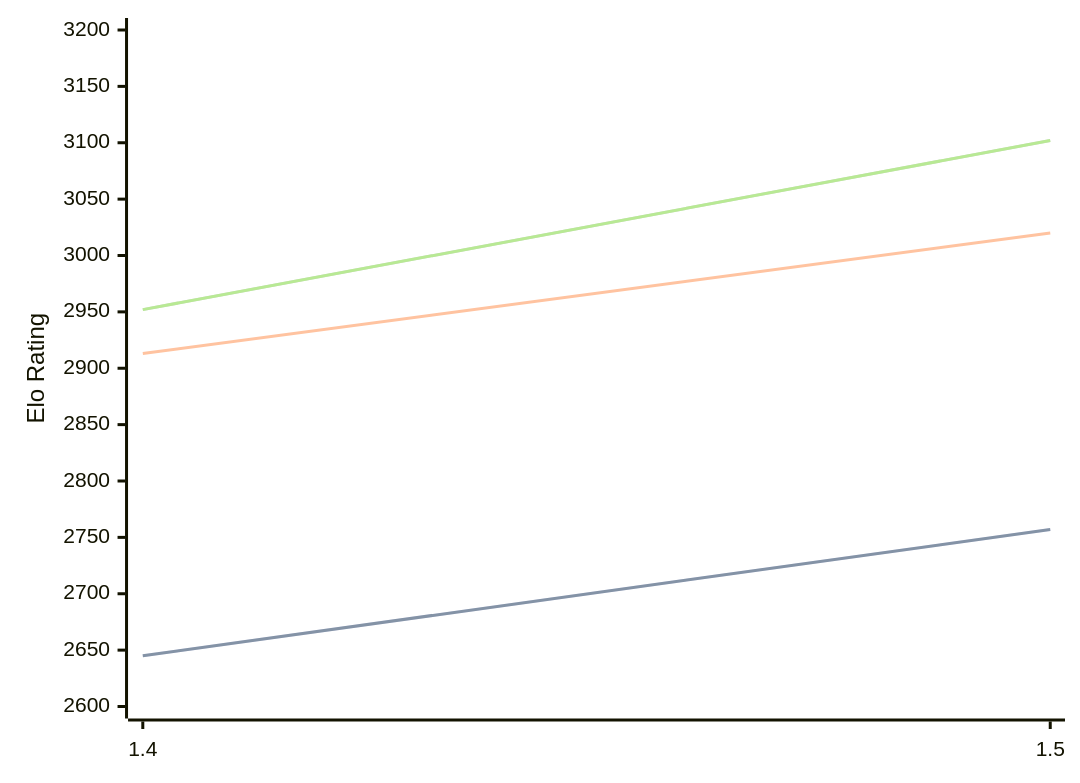
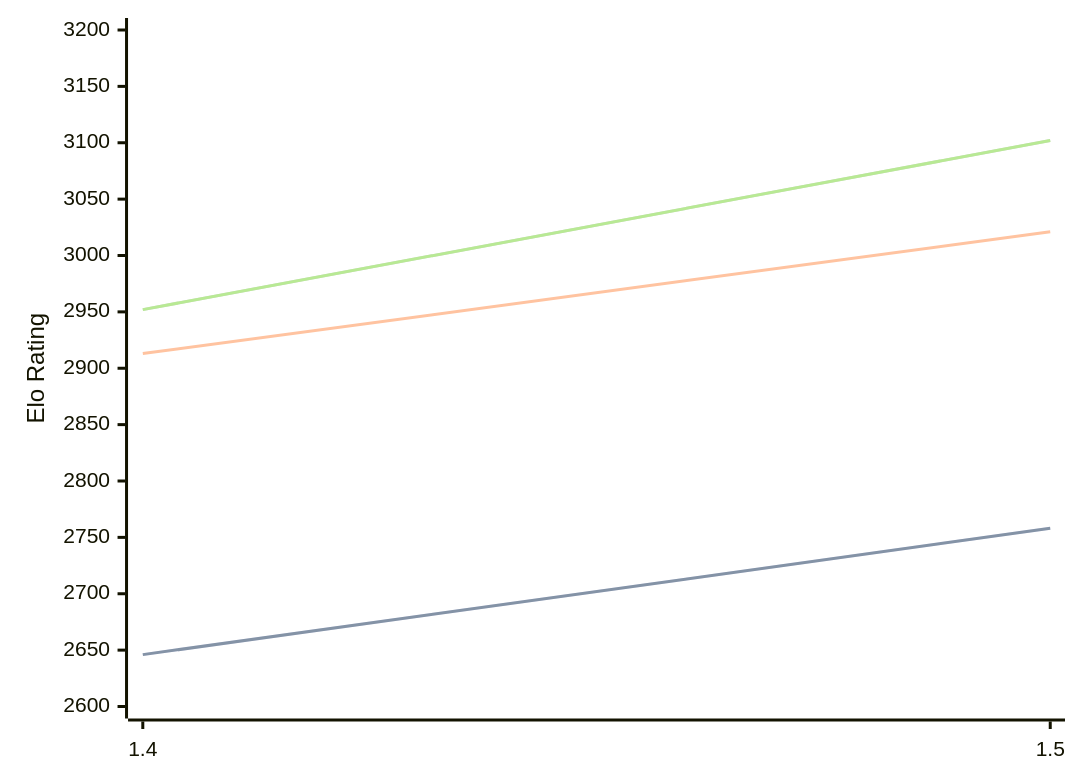
One commit to computer-chess-index/cci changed the diagram in engines/Yakka.md. Above: the diagram before and after it, drawn with Mermaid. The commit also changed other lines of this file, not shown here.

````diff
--- a/engines/Yakka.md
+++ b/engines/Yakka.md
@@ -32,11 +32,11 @@
 ```mermaid
 %%{init: {"theme":"base","themeVariables":{"seriesColors:['#a3a3a3','#222221','#faa371']}}}%%
 xychart-beta
   x-axis ["1.4", "1.5"]
   y-axis "Elo Rating" 2600 --> 3200
-  line "STC (8.0+0.08s)" [2645, 2757]
-  line "STC (8.0+0.08s)" [2645, 2757]
-  line "LTC (60.0+0.60s)" [2913, 3020]
+  line "STC (8.0+0.08s)" [2646, 2758]
+  line "STC (8.0+0.08s)" [2646, 2758]
+  line "LTC (60.0+0.60s)" [2913, 3021]
   line "VLTC (2m24s+1.12s)" [2952, 3102]
   line "VLTC (2m24s+1.12s)" [2952, 3102]
 ```
````
